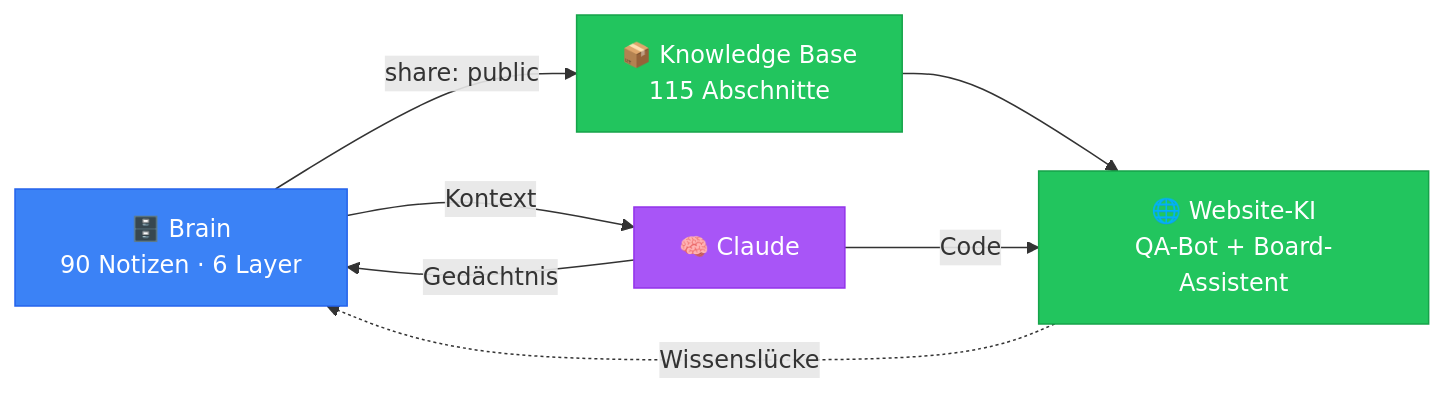
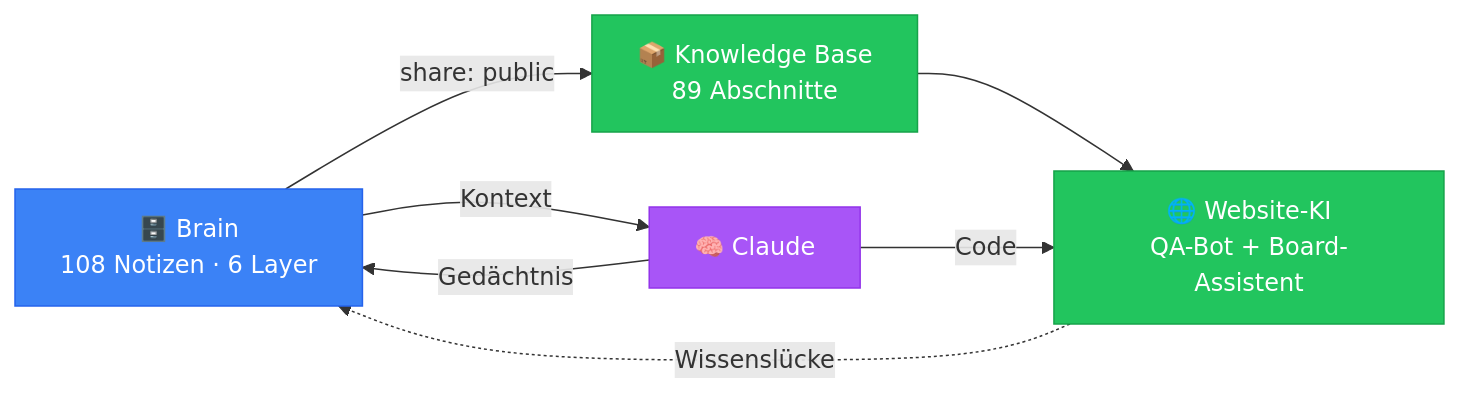
One commit to Sabindro53/eventboerse changed the diagram in vault/Dashboard.md. Above: the diagram before and after it, drawn with Mermaid. The commit also changed other lines of this file and 8 other files, not shown here.

````diff
--- a/vault/Dashboard.md
+++ b/vault/Dashboard.md
@@ -32,15 +32,15 @@
 ```mermaid
 graph LR
-  B["🗄️ Brain<br/>90 Notizen · 6 Layer"] -->|"share: public"| K["📦 Knowledge Base<br/>115 Abschnitte"]
+  B["🗄️ Brain<br/>108 Notizen · 6 Layer"] -->|"share: public"| K["📦 Knowledge Base<br/>89 Abschnitte"]
   K --> W["🌐 Website-KI<br/>QA-Bot + Board-Assistent"]
   W -.->|"Wissenslücke"| B
   C["🧠 Claude"] -->|"Code"| W
   C -->|"Gedächtnis"| B
   B -->|"Kontext"| C
   classDef a fill:#3b82f6,stroke:#2563eb,color:#fff
   classDef b fill:#22c55e,stroke:#16a34a,color:#fff
   classDef c fill:#a855f7,stroke:#9333ea,color:#fff
   class B a
   class K,W b
   class C c
 ```
````
